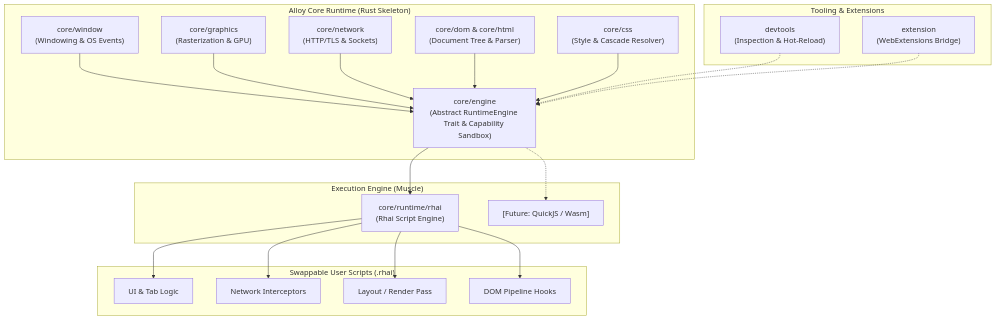
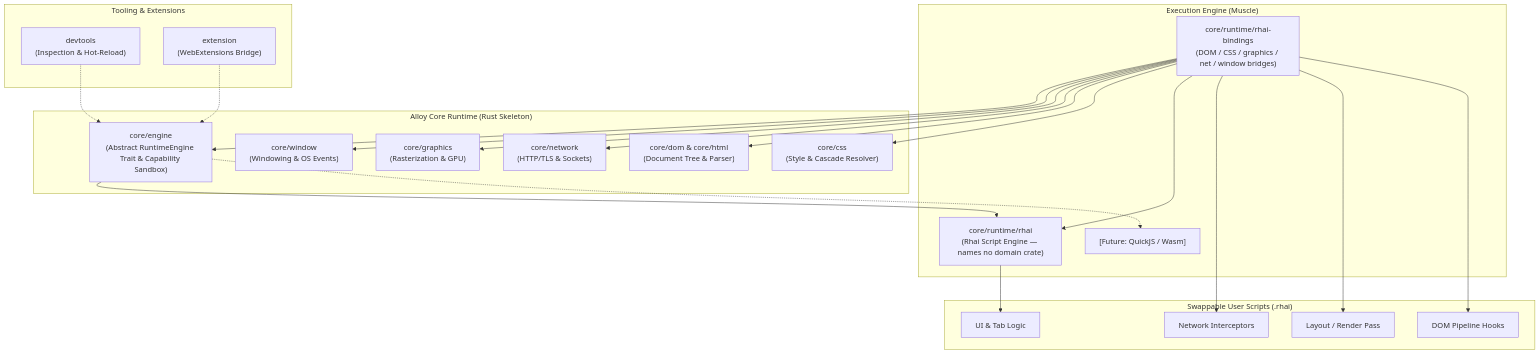
Before and after one commit to jaoppb/alloy: the first of 2 diagrams in docs/architecture/overview.md, drawn with Mermaid. The commit also changed other lines of this file and 7 other files, not shown here.

First line of the commit message:
docs(v0.5): Phase 0 groundwork — ADR-0018/0019, dep-graph fix, unsafe-audit

````diff
--- a/docs/architecture/overview.md
+++ b/docs/architecture/overview.md
@@ -10,45 +10,50 @@
 ```mermaid
 graph TB
     subgraph Host ["Alloy Core Runtime (Rust Skeleton)"]
         Window["core/window<br/>(Windowing & OS Events)"]
         Graphics["core/graphics<br/>(Rasterization & GPU)"]
         Network["core/network<br/>(HTTP/TLS & Sockets)"]
         DOM["core/dom & core/html<br/>(Document Tree & Parser)"]
         CSS["core/css<br/>(Style & Cascade Resolver)"]
         EngineTrait["core/engine<br/>(Abstract RuntimeEngine Trait & Capability Sandbox)"]
     end
 
     subgraph Runtime ["Execution Engine (Muscle)"]
-        RhaiBackend["core/runtime/rhai<br/>(Rhai Script Engine)"]
+        RhaiBackend["core/runtime/rhai<br/>(Rhai Script Engine — names no domain crate)"]
+        RhaiBindings["core/runtime/rhai-bindings<br/>(DOM / CSS / graphics / net / window bridges)"]
         FutureBackend["[Future: QuickJS / Wasm]"]
     end
 
     subgraph Scripts ["Swappable User Scripts (.rhai)"]
         ScriptUI["UI & Tab Logic"]
         ScriptNet["Network Interceptors"]
         ScriptRender["Layout / Render Pass"]
         ScriptDOM["DOM Pipeline Hooks"]
     end
 
     subgraph Tooling ["Tooling & Extensions"]
         DevTools["devtools<br/>(Inspection & Hot-Reload)"]
         ExtensionHost["extension<br/>(WebExtensions Bridge)"]
     end
 
-    Window --> EngineTrait
-    Graphics --> EngineTrait
-    Network --> EngineTrait
-    DOM --> EngineTrait
-    CSS --> EngineTrait
+    %% Domain crates do NOT depend on core/engine — every script bridge lives in
+    %% core/runtime/rhai-bindings (v0.3 report decision 2.1, generalised in v0.5 §1.4).
+    RhaiBindings --> EngineTrait
+    RhaiBindings --> Window
+    RhaiBindings --> Graphics
+    RhaiBindings --> Network
+    RhaiBindings --> DOM
+    RhaiBindings --> CSS
 
     EngineTrait --> RhaiBackend
+    RhaiBindings --> RhaiBackend
     EngineTrait -.-> FutureBackend
 
     RhaiBackend --> ScriptUI
-    RhaiBackend --> ScriptNet
-    RhaiBackend --> ScriptRender
-    RhaiBackend --> ScriptDOM
+    RhaiBindings --> ScriptNet
+    RhaiBindings --> ScriptRender
+    RhaiBindings --> ScriptDOM
 
     DevTools -.-> EngineTrait
     ExtensionHost -.-> EngineTrait
 ```
````
